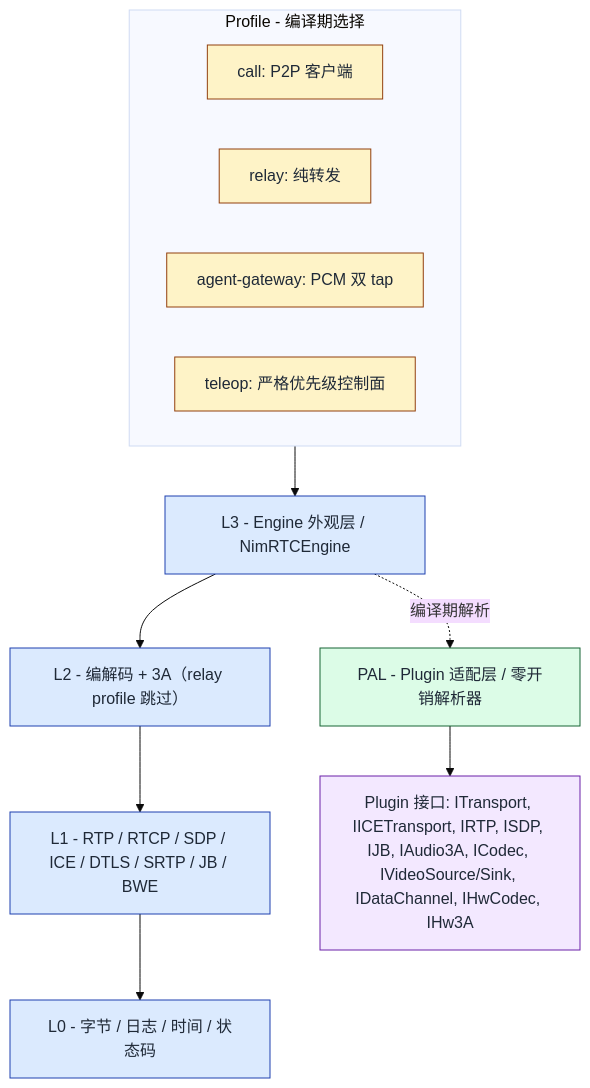
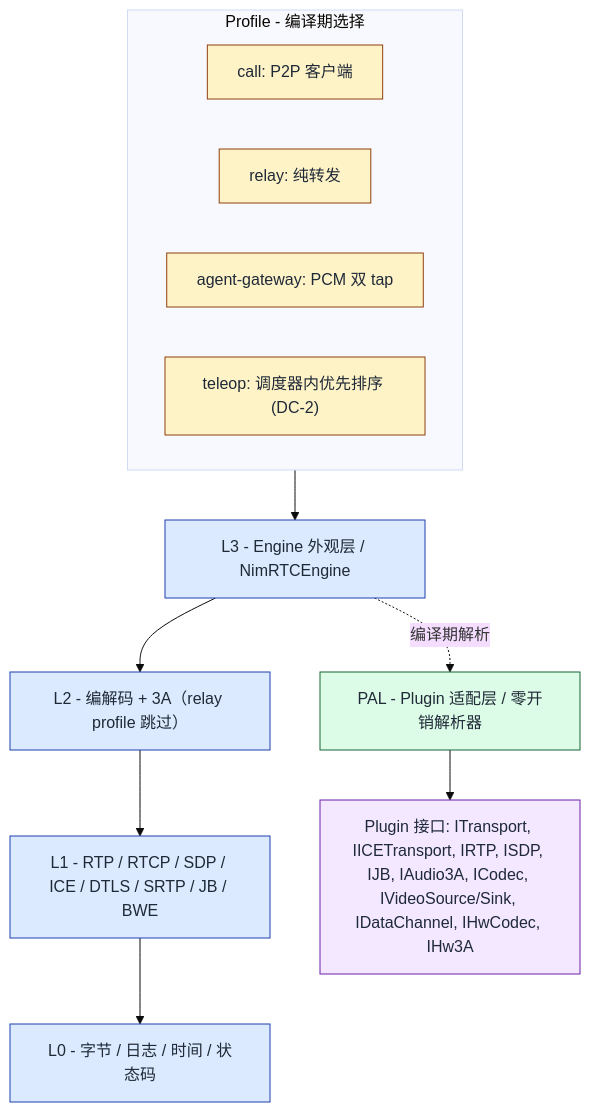
One commit to NimRTC/nimrtc changed the diagram in README.zh.md. Above: the diagram before and after it, drawn with Mermaid (base theme). The commit also changed other lines of this file and 2 other files, not shown here.

````diff
--- a/README.zh.md
+++ b/README.zh.md
@@ -336,26 +336,26 @@
 ```mermaid
 flowchart TB
     subgraph PROF["Profile - 编译期选择"]
         P1["call: P2P 客户端"]
         P2["relay: 纯转发"]
         P3["agent-gateway: PCM 双 tap"]
-        P4["teleop: 严格优先级控制面"]
+        P4["teleop: 调度器内优先排序 (DC-2)"]
     end
 
     PROF --> L3
     L3["L3 - Engine 外观层 / NimRTCEngine"] --> L2["L2 - 编解码 + 3A（relay profile 跳过）"]
     L2 --> L1["L1 - RTP / RTCP / SDP / ICE / DTLS / SRTP / JB / BWE"]
     L1 --> L0["L0 - 字节 / 日志 / 时间 / 状态码"]
 
     L3 -. 编译期解析 .-> PAL["PAL - Plugin 适配层 / 零开销解析器"]
     PAL --> PLG["Plugin 接口: ITransport, IICETransport, IRTP, ISDP, IJB, IAudio3A, ICodec, IVideoSource/Sink, IDataChannel, IHwCodec, IHw3A"]
 
     classDef profile fill:#fef3c7,stroke:#92400e,color:#1f2937
     classDef layer   fill:#dbeafe,stroke:#1e40af,color:#1f2937
     classDef pal     fill:#dcfce7,stroke:#166534,color:#1f2937
     classDef plugin  fill:#f3e8ff,stroke:#6b21a8,color:#1f2937
     class P1,P2,P3,P4 profile
     class L0,L1,L2,L3 layer
     class PAL pal
     class PLG plugin
 ```
````
